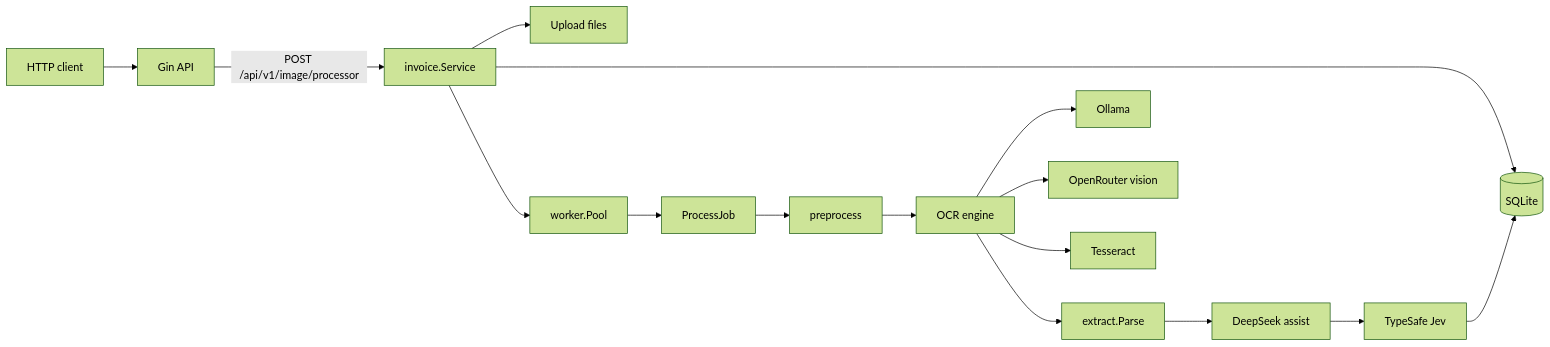
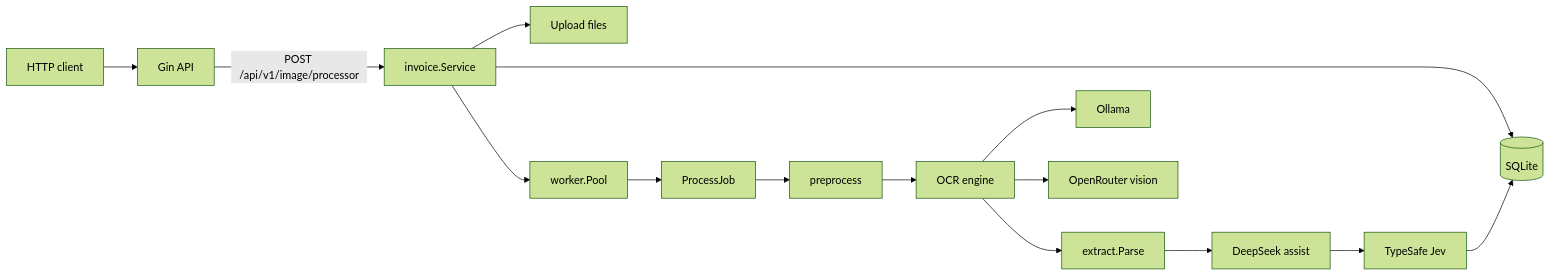
One commit to koller-nexus/invoice-ocr-poc changed the diagram in README.md. Above: the diagram before and after it, drawn with Mermaid (forest theme). The commit also changed other lines of this file and 6 other files, not shown here.

````diff
--- a/README.md
+++ b/README.md
@@ -11,18 +11,17 @@
 ```mermaid
 flowchart LR
   client[HTTP client] --> gin[Gin API]
   gin -->|"POST /api/v1/image/processor"| svc[invoice.Service]
   svc --> disk[Upload files]
   svc --> db[(SQLite)]
   svc --> pool[worker.Pool]
   pool --> job[ProcessJob]
   job --> prep[preprocess]
   prep --> ocr[OCR engine]
   ocr --> ollama[Ollama]
   ocr --> orVision[OpenRouter vision]
-  ocr --> tess[Tesseract]
   ocr --> parse[extract.Parse]
   parse --> assist[DeepSeek assist]
   assist --> jev[TypeSafe Jev]
   jev --> db
 ```
````
